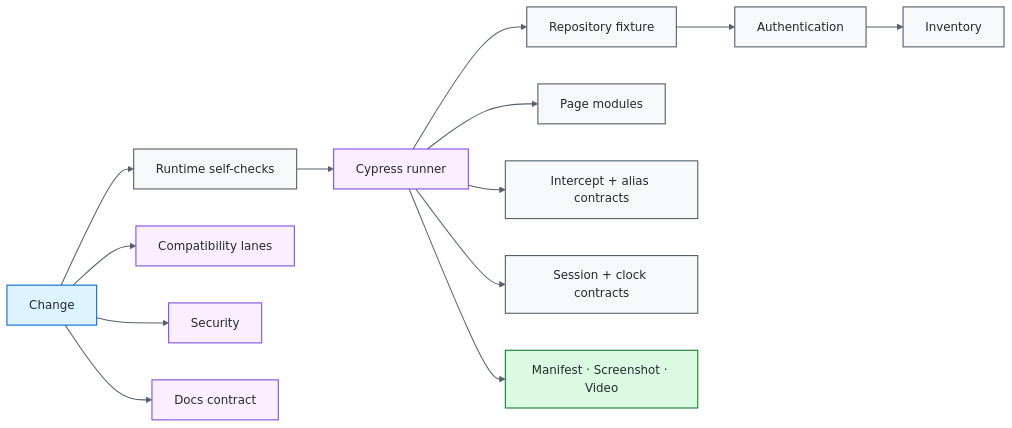
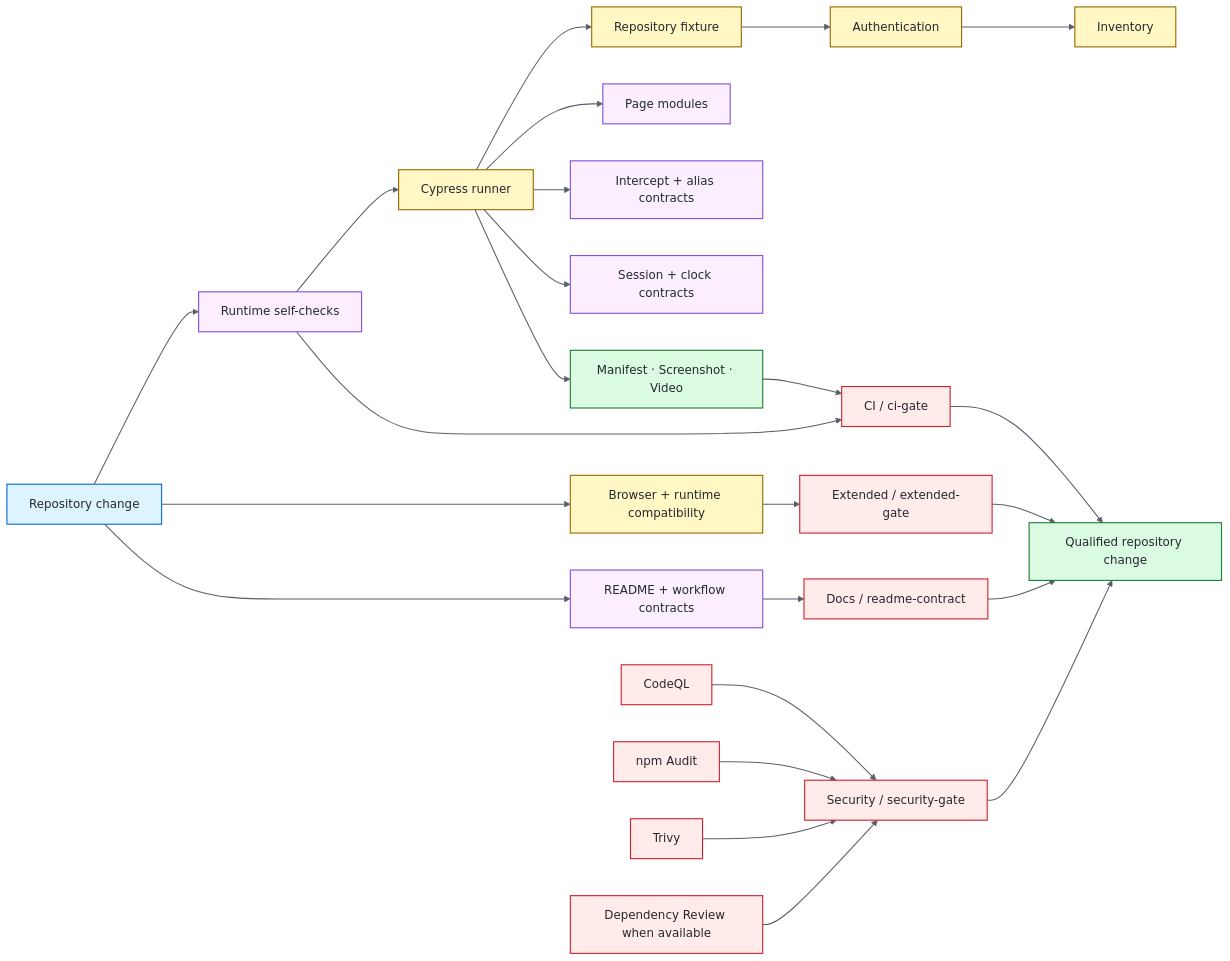
The diagram in README.md (portyu9/qa-automation-ui-cypress), drawn with Mermaid before and after one commit.

Commit message:
docs: elevate README architecture diagram
Bring the root Mermaid architecture diagram to the reference-quality semantic hierarchy without changing framework behavior or documentation claims.

````diff
--- a/README.md
+++ b/README.md
@@ -40,25 +40,42 @@
 ```mermaid
 flowchart LR
-    CHANGE[Change] --> CFG[Runtime self-checks]
+    CHANGE[Repository change] --> CFG[Runtime self-checks]
     CFG --> CYP[Cypress runner]
     CYP --> FIX[Repository fixture]
     FIX --> AUTH[Authentication]
     AUTH --> INV[Inventory]
     CYP --> PAGE[Page modules]
     CYP --> NET[Intercept + alias contracts]
     CYP --> STATE[Session + clock contracts]
     CYP --> EV[Manifest · Screenshot · Video]
-    CHANGE --> EXT[Compatibility lanes]
-    CHANGE --> SEC[Security]
-    CHANGE --> DOCS[Docs contract]
+    EV --> CIG[CI / ci-gate]
+    CFG --> CIG
+
+    CHANGE --> EXT[Browser + runtime compatibility]
+    EXT --> EG[Extended / extended-gate]
+
+    CHANGE --> DOCS[README + workflow contracts]
+    DOCS --> DG[Docs / readme-contract]
+
+    SAST[CodeQL] --> SG[Security / security-gate]
+    AUDIT[npm Audit] --> SG
+    TRIVY[Trivy] --> SG
+    REVIEW[Dependency Review when available] --> SG
+
+    CIG --> RESULT[Qualified repository change]
+    EG --> RESULT
+    DG --> RESULT
+    SG --> RESULT
 
     classDef entry fill:#ddf4ff,stroke:#0969da,color:#24292f,stroke-width:1.5px;
-    classDef core fill:#f6f8fa,stroke:#57606a,color:#24292f,stroke-width:1.5px;
-    classDef gate fill:#fbefff,stroke:#8250df,color:#24292f,stroke-width:1.5px;
+    classDef policy fill:#fbefff,stroke:#8250df,color:#24292f,stroke-width:1.5px;
+    classDef runtime fill:#fff8c5,stroke:#9a6700,color:#24292f,stroke-width:1.5px;
     classDef evidence fill:#dafbe1,stroke:#1a7f37,color:#24292f,stroke-width:1.5px;
+    classDef gate fill:#ffebe9,stroke:#cf222e,color:#24292f,stroke-width:1.5px;
     class CHANGE entry;
-    class CFG,FIX,AUTH,INV,PAGE,NET,STATE core;
-    class CYP,EXT,SEC,DOCS gate;
-    class EV evidence;
+    class CFG,PAGE,NET,STATE,DOCS policy;
+    class CYP,FIX,AUTH,INV,EXT runtime;
+    class EV,RESULT evidence;
+    class CIG,EG,DG,SAST,AUDIT,TRIVY,REVIEW,SG gate;
     linkStyle default stroke:#57606a,stroke-width:1.4px;
 ```
````
